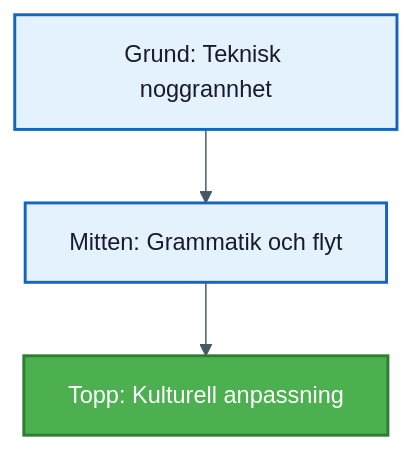
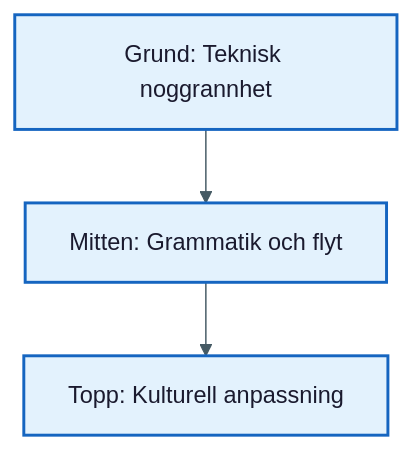
The second of 2 diagrams in Swedish-Translation-Guide.md (Hack23/homepage), drawn with Mermaid before and after one commit.

Commit message:
Remove inconsistent class L3 success from Swedish-Translation-Guide.md
Addresses review feedback: only the Swedish guide had this class
assignment while all other translation guides did not. Removing it
for consistency across all 13 translation guide files.

Agent-Logs-Url: https://github.com/Hack23/homepage/sessions/25413812-29e8-428e-befb-9593aa1918c8

````diff
--- a/Swedish-Translation-Guide.md
+++ b/Swedish-Translation-Guide.md
@@ -43,16 +43,16 @@
 ```mermaid
 %%{init: {"theme": "base", "themeVariables": {"primaryColor": "#2196F3", "primaryTextColor": "#1a1a2e", "lineColor": "#455A64", "secondaryColor": "#e8f5e9", "tertiaryColor": "#fff8e1", "primaryBorderColor": "#1565C0"}}}%%
 graph TD
     L1[Grund: Teknisk noggrannhet]
     L2[Mitten: Grammatik och flyt]
     L3[Topp: Kulturell anpassning]
     L1 --> L2 --> L3
 
     classDef default fill:#e3f2fd,stroke:#1565C0,stroke-width:2px,color:#1a1a2e
     classDef primary fill:#2196F3,stroke:#1565C0,stroke-width:2px,color:#ffffff
     classDef success fill:#4CAF50,stroke:#2E7D32,stroke-width:2px,color:#ffffff
     classDef warning fill:#FF9800,stroke:#F57C00,stroke-width:2px,color:#ffffff
     classDef danger fill:#D32F2F,stroke:#B71C1C,stroke-width:2px,color:#ffffff
     classDef info fill:#455A64,stroke:#263238,stroke-width:2px,color:#ffffff
-    class L3 success
+
 ```
````
